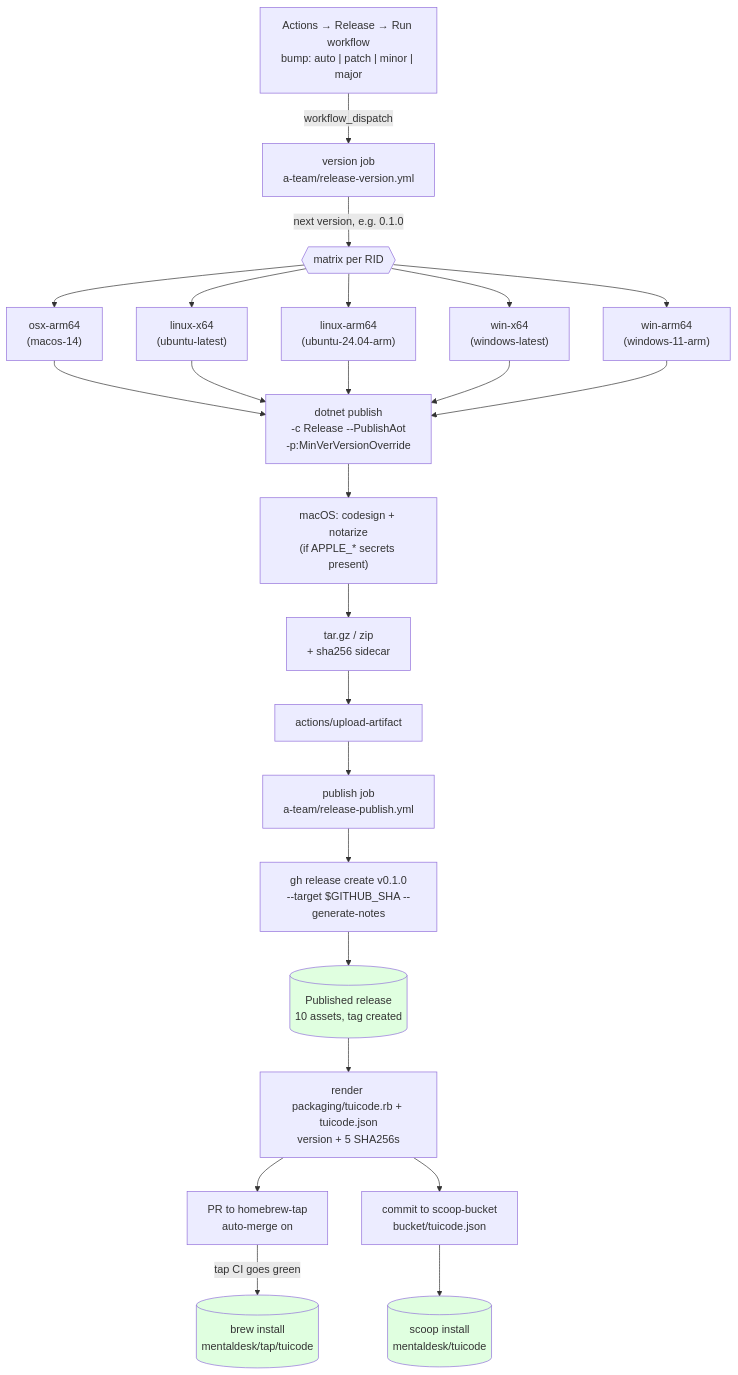
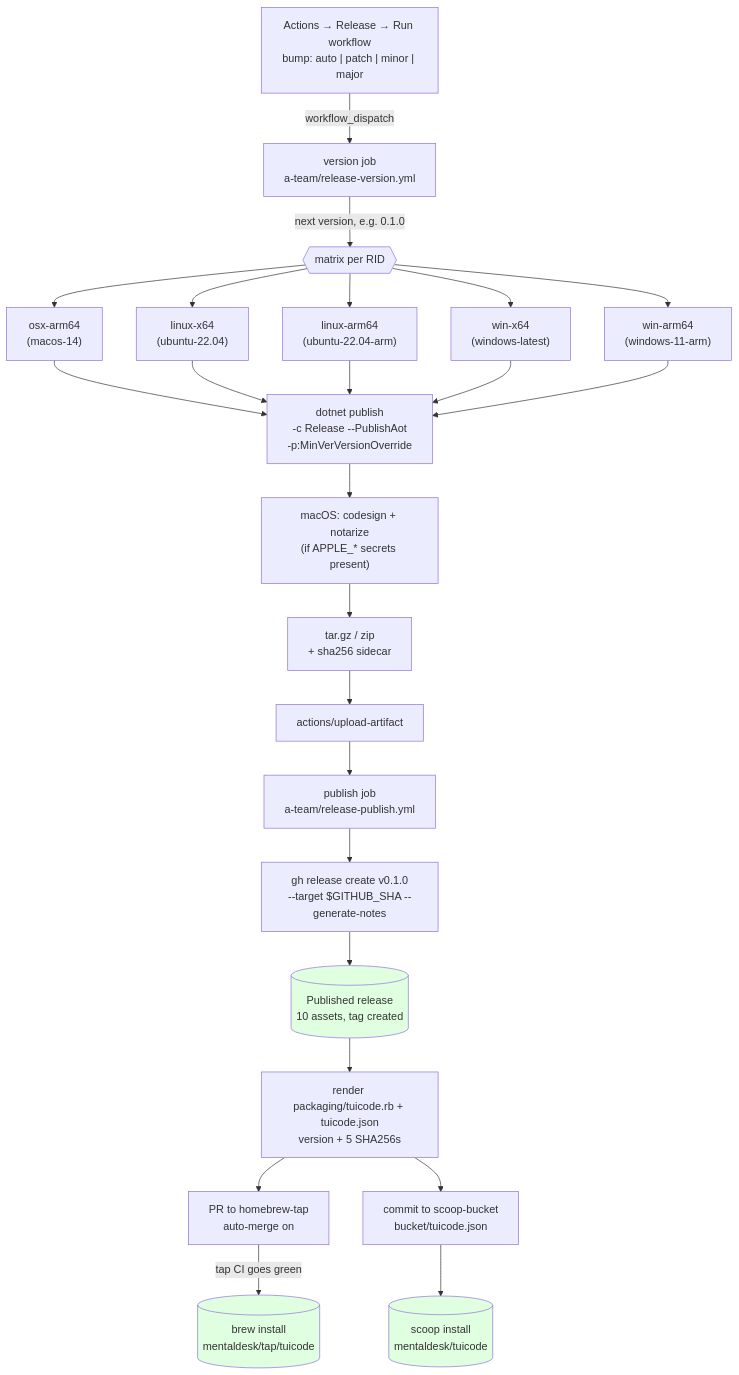
Before and after one commit to mentaldesk/TuiCode: the first of 2 diagrams in CONTRIBUTING.md, drawn with Mermaid. The commit also changed 5 other files, not shown here.

First line of the commit message:
Run the Linux binaries on Debian 12, Ubuntu 22.04 and Fedora without libicu

````diff
--- a/CONTRIBUTING.md
+++ b/CONTRIBUTING.md
@@ -28,35 +28,35 @@
 ```mermaid
 flowchart TD
     Click["Actions → Release → Run workflow<br/>bump: auto | patch | minor | major"]
     Click -->|workflow_dispatch| Version["version job<br/>a-team/release-version.yml"]
     Version -->|"next version, e.g. 0.1.0"| Matrix{{"matrix per RID"}}
 
     Matrix --> A["osx-arm64<br/>(macos-14)"]
-    Matrix --> B["linux-x64<br/>(ubuntu-latest)"]
-    Matrix --> C["linux-arm64<br/>(ubuntu-24.04-arm)"]
+    Matrix --> B["linux-x64<br/>(ubuntu-22.04)"]
+    Matrix --> C["linux-arm64<br/>(ubuntu-22.04-arm)"]
     Matrix --> D["win-x64<br/>(windows-latest)"]
     Matrix --> E["win-arm64<br/>(windows-11-arm)"]
 
     A --> Publish["dotnet publish<br/>-c Release --PublishAot<br/>-p:MinVerVersionOverride"]
     B --> Publish
     C --> Publish
     D --> Publish
     E --> Publish
 
     Publish --> Sign["macOS: codesign + notarize<br/>(if APPLE_* secrets present)"]
     Sign --> Archive["tar.gz / zip<br/>+ sha256 sidecar"]
     Archive --> Upload["actions/upload-artifact"]
 
     Upload --> Pub["publish job<br/>a-team/release-publish.yml"]
     Pub --> Tag["gh release create v0.1.0<br/>--target $GITHUB_SHA --generate-notes"]
     Tag --> Public[("Published release<br/>10 assets, tag created")]
     Public --> Render["render packaging/tuicode.rb + tuicode.json<br/>version + 5 SHA256s"]
     Render --> TapPR["PR to homebrew-tap<br/>auto-merge on"]
     TapPR -->|tap CI goes green| Brew[("brew install<br/>mentaldesk/tap/tuicode")]
     Render --> Bucket["commit to scoop-bucket<br/>bucket/tuicode.json"]
     Bucket --> Scoop[("scoop install<br/>mentaldesk/tuicode")]
 
     style Public fill:#e0ffe0
     style Brew fill:#e0ffe0
     style Scoop fill:#e0ffe0
 ```
````
